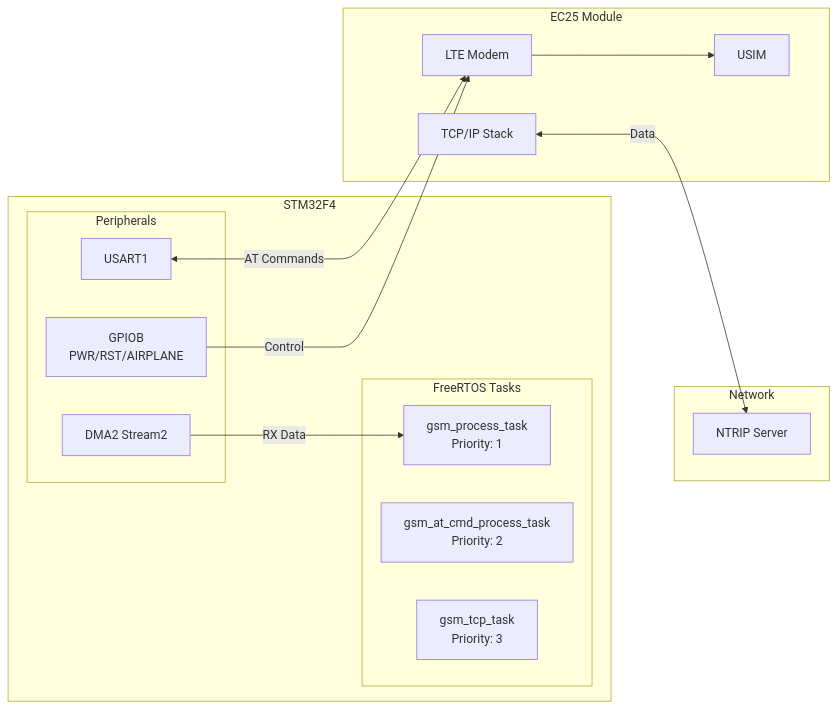
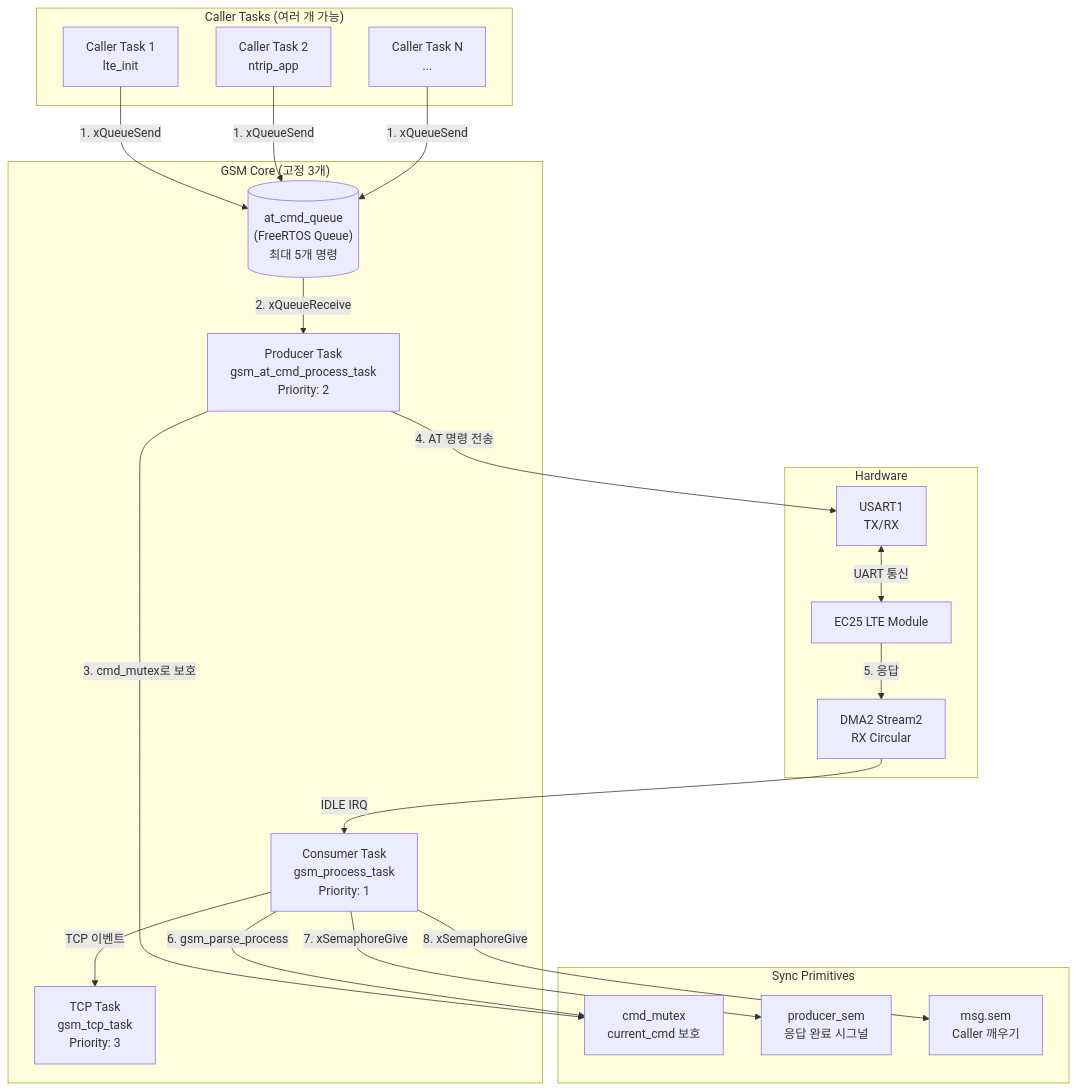
Before and after one commit to mj-kang-iotiz/my_test: the second of 12 diagrams in docs/GSM_LIBRARY.md, drawn with Mermaid. The commit also changed other lines of this file and 2 other files, not shown here.

First line of the commit message:
docs: GPS, GSM, LED 라이브러리 기술 문서 대폭 보강

````diff
--- a/docs/GSM_LIBRARY.md
+++ b/docs/GSM_LIBRARY.md
@@ -91,32 +167,45 @@
 ```mermaid
-graph LR
-    subgraph "STM32F4"
-        subgraph "FreeRTOS Tasks"
-            GSM_PROC[gsm_process_task<br/>Priority: 1]
-            GSM_AT[gsm_at_cmd_process_task<br/>Priority: 2]
-            GSM_TCP[gsm_tcp_task<br/>Priority: 3]
-        end
-
-        subgraph "Peripherals"
-            USART1[USART1]
-            DMA2[DMA2 Stream2]
-            GPIO_B[GPIOB<br/>PWR/RST/AIRPLANE]
-        end
+graph TB
+    subgraph "Caller Tasks (여러 개 가능)"
+        CALLER1[Caller Task 1<br/>lte_init]
+        CALLER2[Caller Task 2<br/>ntrip_app]
+        CALLER3[Caller Task N<br/>...]
     end
 
-    subgraph "EC25 Module"
-        LTE[LTE Modem]
-        SIM[USIM]
-        TCP_STACK[TCP/IP Stack]
+    subgraph "GSM Core (고정 3개)"
+        QUEUE[("at_cmd_queue<br/>(FreeRTOS Queue)<br/>최대 5개 명령")]
+        PRODUCER[Producer Task<br/>gsm_at_cmd_process_task<br/>Priority: 2]
+        CONSUMER[Consumer Task<br/>gsm_process_task<br/>Priority: 1]
+        TCP_TASK[TCP Task<br/>gsm_tcp_task<br/>Priority: 3]
     end
 
-    subgraph "Network"
-        SERVER[NTRIP Server]
+    subgraph "Sync Primitives"
+        CMD_MUTEX[cmd_mutex<br/>current_cmd 보호]
+        PRODUCER_SEM[producer_sem<br/>응답 완료 시그널]
+        CALLER_SEM[msg.sem<br/>Caller 깨우기]
     end
 
-    USART1 <-->|AT Commands| LTE
-    DMA2 -->|RX Data| GSM_PROC
-    GPIO_B -->|Control| LTE
-    LTE --> SIM
-    TCP_STACK <-->|Data| SERVER
+    subgraph "Hardware"
+        UART[USART1<br/>TX/RX]
+        DMA[DMA2 Stream2<br/>RX Circular]
+        EC25[EC25 LTE Module]
+    end
+
+    CALLER1 -->|1. xQueueSend| QUEUE
+    CALLER2 -->|1. xQueueSend| QUEUE
+    CALLER3 -->|1. xQueueSend| QUEUE
+
+    QUEUE -->|2. xQueueReceive| PRODUCER
+    PRODUCER -->|3. cmd_mutex로 보호| CMD_MUTEX
+    PRODUCER -->|4. AT 명령 전송| UART
+
+    UART <-->|UART 통신| EC25
+    EC25 -->|5. 응답| DMA
+    DMA -->|IDLE IRQ| CONSUMER
+
+    CONSUMER -->|6. gsm_parse_process| CMD_MUTEX
+    CONSUMER -->|7. xSemaphoreGive| PRODUCER_SEM
+    CONSUMER -->|8. xSemaphoreGive| CALLER_SEM
+
+    CONSUMER -->|TCP 이벤트| TCP_TASK
 ```
````
